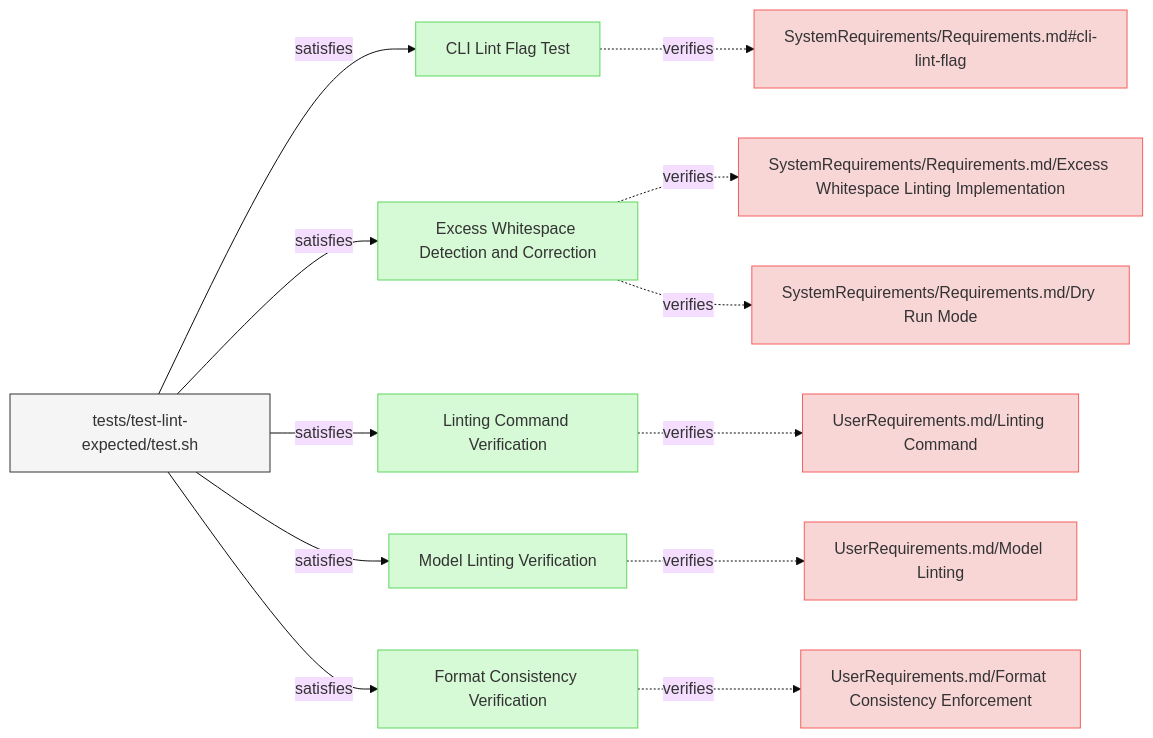
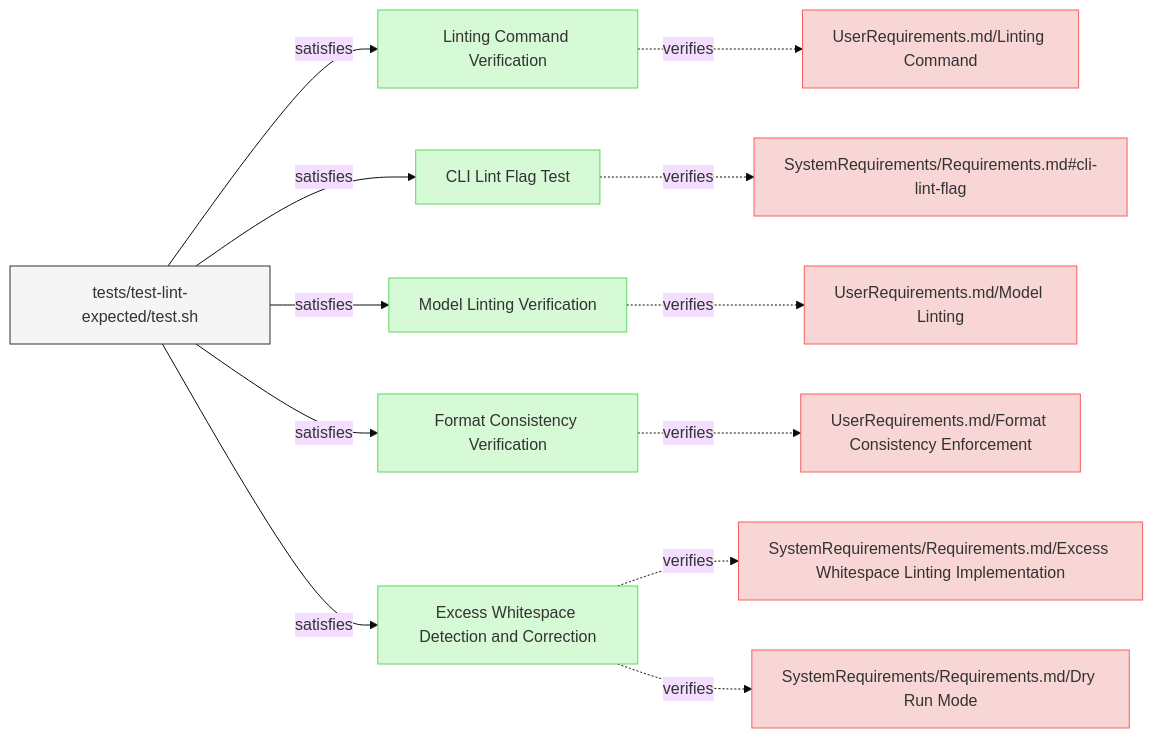
The first of 3 diagrams in specifications/Verifications/LintingTests.md (reqvire-org/reqvire), drawn with Mermaid (base theme) before and after one commit. The commit also changed other lines of this file and 20 other files, not shown here.

````diff
--- a/specifications/Verifications/LintingTests.md
+++ b/specifications/Verifications/LintingTests.md
@@ -6,56 +6,56 @@
 ```mermaid
 graph LR;
   %% Graph styling
   classDef requirement fill:#f9d6d6,stroke:#f55f5f,stroke-width:1px;
   classDef verification fill:#d6f9d6,stroke:#5fd75f,stroke-width:1px;
   classDef externalLink fill:#d0e0ff,stroke:#3080ff,stroke-width:1px;
   classDef default fill:#f5f5f5,stroke:#333333,stroke-width:1px;
 
+  fbe07d524dbc79f7["Linting Command Verification"];
+  click fbe07d524dbc79f7 "https://github.com/Reqvire/reqvire/blob/667635d4628fed400323f7df3689af2dbc2ad666/specifications/Verifications/LintingTests.md#linting-command-verification";
+  class fbe07d524dbc79f7 verification;
+  28b0f9fa78937e61["UserRequirements.md/Linting Command"];
+  class 28b0f9fa78937e61 requirement;
+  click 28b0f9fa78937e61 "https://github.com/Reqvire/reqvire/blob/667635d4628fed400323f7df3689af2dbc2ad666/specifications/UserRequirements.md#linting-command";
+  fbe07d524dbc79f7 -.->|verifies| 28b0f9fa78937e61;
+  569c6cdb3294a8d5["tests/test-lint-expected/test.sh"];
+  class 569c6cdb3294a8d5 default;
+  click 569c6cdb3294a8d5 "https://github.com/Reqvire/reqvire/blob/667635d4628fed400323f7df3689af2dbc2ad666/tests/test-lint-expected/test.sh";
+  569c6cdb3294a8d5 -->|satisfies| fbe07d524dbc79f7;
   4ec0755de791b8c6["CLI Lint Flag Test"];
-  click 4ec0755de791b8c6 "https://github.com/Reqvire/reqvire/blob/30536324899084e88969175e3613c971ffa6e108/specifications/Verifications/LintingTests.md#cli-lint-flag-test";
+  click 4ec0755de791b8c6 "https://github.com/Reqvire/reqvire/blob/667635d4628fed400323f7df3689af2dbc2ad666/specifications/Verifications/LintingTests.md#cli-lint-flag-test";
   class 4ec0755de791b8c6 verification;
   3f235c1000d5347f["SystemRequirements/Requirements.md#cli-lint-flag"];
   class 3f235c1000d5347f requirement;
-  click 3f235c1000d5347f "https://github.com/Reqvire/reqvire/blob/30536324899084e88969175e3613c971ffa6e108/specifications/SystemRequirements/Requirements.md#cli-lint-flag";
+  click 3f235c1000d5347f "https://github.com/Reqvire/reqvire/blob/667635d4628fed400323f7df3689af2dbc2ad666/specifications/SystemRequirements/Requirements.md#cli-lint-flag";
   4ec0755de791b8c6 -.->|verifies| 3f235c1000d5347f;
-  569c6cdb3294a8d5["tests/test-lint-expected/test.sh"];
-  class 569c6cdb3294a8d5 default;
-  click 569c6cdb3294a8d5 "https://github.com/Reqvire/reqvire/blob/30536324899084e88969175e3613c971ffa6e108/tests/test-lint-expected/test.sh";
   569c6cdb3294a8d5 -->|satisfies| 4ec0755de791b8c6;
+  90b51d9c48bc542d["Model Linting Verification"];
+  click 90b51d9c48bc542d "https://github.com/Reqvire/reqvire/blob/667635d4628fed400323f7df3689af2dbc2ad666/specifications/Verifications/LintingTests.md#model-linting-verification";
+  class 90b51d9c48bc542d verification;
+  84c4dc11e82e8638["UserRequirements.md/Model Linting"];
+  class 84c4dc11e82e8638 requirement;
+  click 84c4dc11e82e8638 "https://github.com/Reqvire/reqvire/blob/667635d4628fed400323f7df3689af2dbc2ad666/specifications/UserRequirements.md#model-linting";
+  90b51d9c48bc542d -.->|verifies| 84c4dc11e82e8638;
+  569c6cdb3294a8d5 -->|satisfies| 90b51d9c48bc542d;
+  f35ede8f8934159a["Format Consistency Verification"];
+  click f35ede8f8934159a "https://github.com/Reqvire/reqvire/blob/667635d4628fed400323f7df3689af2dbc2ad666/specifications/Verifications/LintingTests.md#format-consistency-verification";
+  class f35ede8f8934159a verification;
+  1ddbeea0cf8eaad5["UserRequirements.md/Format Consistency Enforcement"];
+  class 1ddbeea0cf8eaad5 requirement;
+  click 1ddbeea0cf8eaad5 "https://github.com/Reqvire/reqvire/blob/667635d4628fed400323f7df3689af2dbc2ad666/specifications/UserRequirements.md#format-consistency-enforcement";
+  f35ede8f8934159a -.->|verifies| 1ddbeea0cf8eaad5;
+  569c6cdb3294a8d5 -->|satisfies| f35ede8f8934159a;
   716f75498f400b63["Excess Whitespace Detection and Correction"];
-  click 716f75498f400b63 "https://github.com/Reqvire/reqvire/blob/30536324899084e88969175e3613c971ffa6e108/specifications/Verifications/LintingTests.md#excess-whitespace-detection-and-correction";
+  click 716f75498f400b63 "https://github.com/Reqvire/reqvire/blob/667635d4628fed400323f7df3689af2dbc2ad666/specifications/Verifications/LintingTests.md#excess-whitespace-detection-and-correction";
   class 716f75498f400b63 verification;
   ab8dfb01e717d34["SystemRequirements/Requirements.md/Excess Whitespace Linting Implementation"];
   class ab8dfb01e717d34 requirement;
-  click ab8dfb01e717d34 "https://github.com/Reqvire/reqvire/blob/30536324899084e88969175e3613c971ffa6e108/specifications/SystemRequirements/Requirements.md#excess-whitespace-linting-implementation";
+  click ab8dfb01e717d34 "https://github.com/Reqvire/reqvire/blob/667635d4628fed400323f7df3689af2dbc2ad666/specifications/SystemRequirements/Requirements.md#excess-whitespace-linting-implementation";
   716f75498f400b63 -.->|verifies| ab8dfb01e717d34;
   d21b16b30de7350d["SystemRequirements/Requirements.md/Dry Run Mode"];
   class d21b16b30de7350d requirement;
-  click d21b16b30de7350d "https://github.com/Reqvire/reqvire/blob/30536324899084e88969175e3613c971ffa6e108/specifications/SystemRequirements/Requirements.md#dry-run-mode";
+  click d21b16b30de7350d "https://github.com/Reqvire/reqvire/blob/667635d4628fed400323f7df3689af2dbc2ad666/specifications/SystemRequirements/Requirements.md#dry-run-mode";
   716f75498f400b63 -.->|verifies| d21b16b30de7350d;
   569c6cdb3294a8d5 -->|satisfies| 716f75498f400b63;
-  fbe07d524dbc79f7["Linting Command Verification"];
-  click fbe07d524dbc79f7 "https://github.com/Reqvire/reqvire/blob/30536324899084e88969175e3613c971ffa6e108/specifications/Verifications/LintingTests.md#linting-command-verification";
-  class fbe07d524dbc79f7 verification;
-  28b0f9fa78937e61["UserRequirements.md/Linting Command"];
-  class 28b0f9fa78937e61 requirement;
-  click 28b0f9fa78937e61 "https://github.com/Reqvire/reqvire/blob/30536324899084e88969175e3613c971ffa6e108/specifications/UserRequirements.md#linting-command";
-  fbe07d524dbc79f7 -.->|verifies| 28b0f9fa78937e61;
-  569c6cdb3294a8d5 -->|satisfies| fbe07d524dbc79f7;
-  90b51d9c48bc542d["Model Linting Verification"];
-  click 90b51d9c48bc542d "https://github.com/Reqvire/reqvire/blob/30536324899084e88969175e3613c971ffa6e108/specifications/Verifications/LintingTests.md#model-linting-verification";
-  class 90b51d9c48bc542d verification;
-  84c4dc11e82e8638["UserRequirements.md/Model Linting"];
-  class 84c4dc11e82e8638 requirement;
-  click 84c4dc11e82e8638 "https://github.com/Reqvire/reqvire/blob/30536324899084e88969175e3613c971ffa6e108/specifications/UserRequirements.md#model-linting";
-  90b51d9c48bc542d -.->|verifies| 84c4dc11e82e8638;
-  569c6cdb3294a8d5 -->|satisfies| 90b51d9c48bc542d;
-  f35ede8f8934159a["Format Consistency Verification"];
-  click f35ede8f8934159a "https://github.com/Reqvire/reqvire/blob/30536324899084e88969175e3613c971ffa6e108/specifications/Verifications/LintingTests.md#format-consistency-verification";
-  class f35ede8f8934159a verification;
-  1ddbeea0cf8eaad5["UserRequirements.md/Format Consistency Enforcement"];
-  class 1ddbeea0cf8eaad5 requirement;
-  click 1ddbeea0cf8eaad5 "https://github.com/Reqvire/reqvire/blob/30536324899084e88969175e3613c971ffa6e108/specifications/UserRequirements.md#format-consistency-enforcement";
-  f35ede8f8934159a -.->|verifies| 1ddbeea0cf8eaad5;
-  569c6cdb3294a8d5 -->|satisfies| f35ede8f8934159a;
 ```
````
